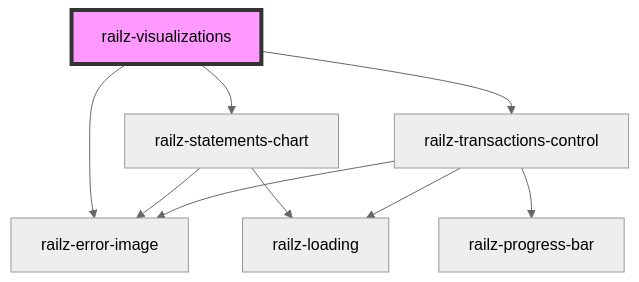
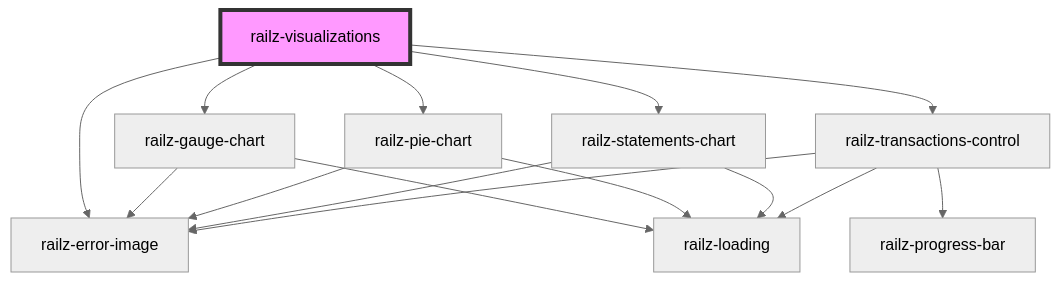
One commit to railz-ai/railz-visualizations changed the diagram in packages/components/src/elements/core/readme.md. Above: the diagram before and after it, drawn with Mermaid (neutral theme). The commit also changed other lines of this file and 41 other files, not shown here.

````diff
--- a/packages/components/src/elements/core/readme.md
+++ b/packages/components/src/elements/core/readme.md
@@ -23,12 +25,18 @@
 ```mermaid
 graph TD;
   railz-visualizations --> railz-error-image
+  railz-visualizations --> railz-gauge-chart
+  railz-visualizations --> railz-pie-chart
   railz-visualizations --> railz-statements-chart
   railz-visualizations --> railz-transactions-control
+  railz-gauge-chart --> railz-error-image
+  railz-gauge-chart --> railz-loading
+  railz-pie-chart --> railz-error-image
+  railz-pie-chart --> railz-loading
   railz-statements-chart --> railz-error-image
   railz-statements-chart --> railz-loading
   railz-transactions-control --> railz-error-image
   railz-transactions-control --> railz-loading
   railz-transactions-control --> railz-progress-bar
   style railz-visualizations fill:#f9f,stroke:#333,stroke-width:4px
 ```
````
